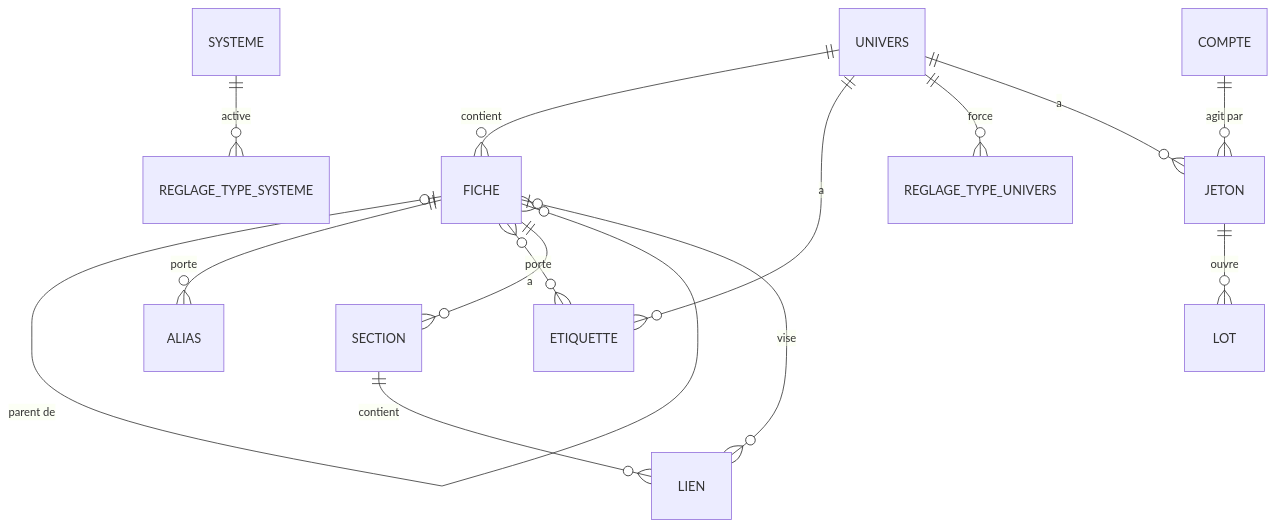
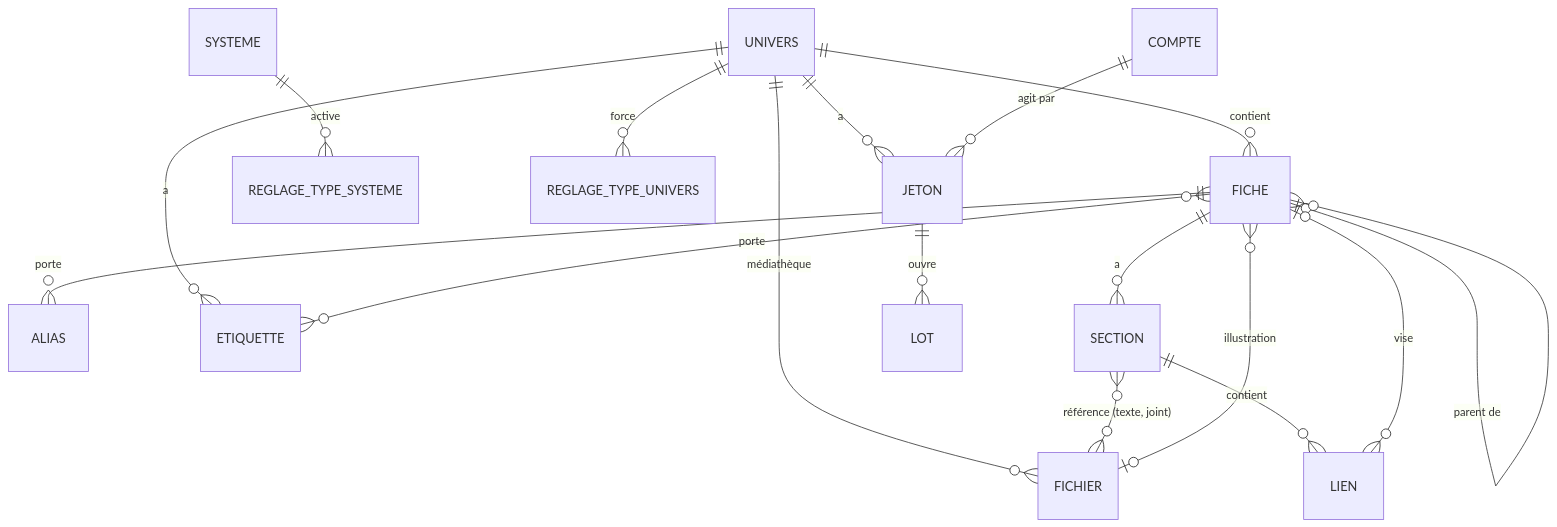
One commit to AntorFr/kanevas changed the diagram in docs/donnees.md. Above: the diagram before and after it, drawn with Mermaid. The commit also changed other lines of this file and 5 other files, not shown here.

````diff
--- a/docs/donnees.md
+++ b/docs/donnees.md
@@ -348,16 +349,19 @@
 ```mermaid
 erDiagram
   UNIVERS ||--o{ FICHE : "contient"
   FICHE |o--o{ FICHE : "parent de"
   FICHE ||--o{ ALIAS : "porte"
   UNIVERS ||--o{ ETIQUETTE : "a"
   FICHE }o--o{ ETIQUETTE : "porte"
   FICHE ||--o{ SECTION : "a"
   SECTION ||--o{ LIEN : "contient"
   LIEN }o--o| FICHE : "vise"
   SYSTEME ||--o{ REGLAGE_TYPE_SYSTEME : "active"
   UNIVERS ||--o{ REGLAGE_TYPE_UNIVERS : "force"
   UNIVERS ||--o{ JETON : "a"
   COMPTE ||--o{ JETON : "agit par"
   JETON ||--o{ LOT : "ouvre"
+  UNIVERS ||--o{ FICHIER : "médiathèque"
+  SECTION }o--o{ FICHIER : "référence (texte, joint)"
+  FICHE }o--o| FICHIER : "illustration"
 ```
````
